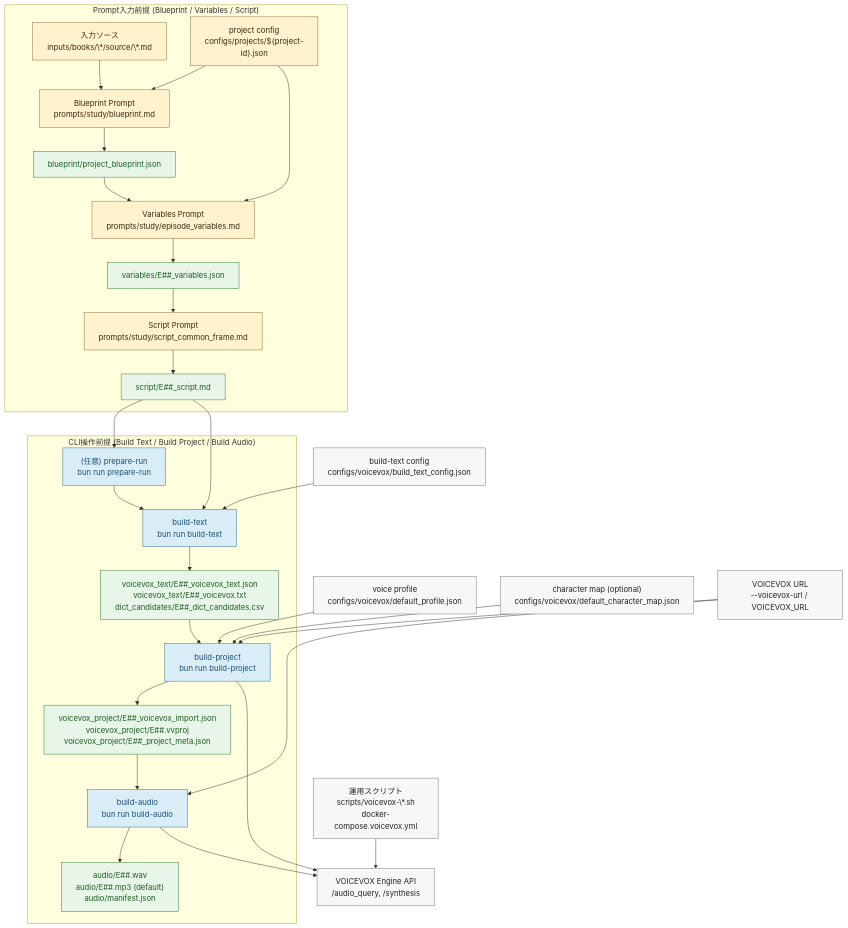
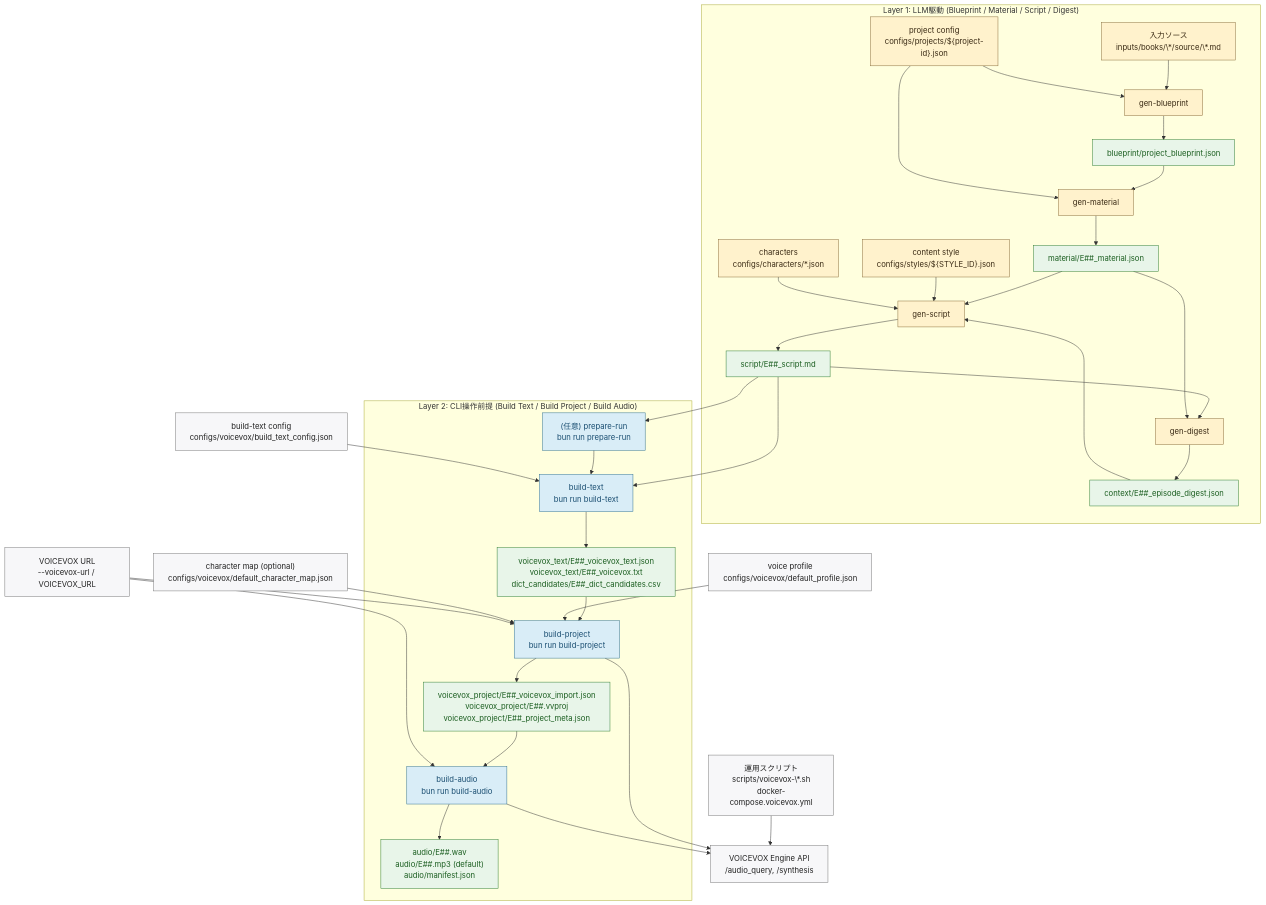
One commit to niroe5tar64/narrative-vox changed the diagram in docs/architecture/pipeline.md. Above: the diagram before and after it, drawn with Mermaid. The commit also changed other lines of this file and 12 other files, not shown here.

````diff
--- a/docs/architecture/pipeline.md
+++ b/docs/architecture/pipeline.md
@@ -12,64 +12,74 @@
 ```mermaid
 flowchart TB
-  subgraph PromptFlow["Prompt入力前提 (Blueprint / Variables / Script)"]
+  subgraph PromptFlow["Layer 1: LLM駆動 (Blueprint / Material / Script / Digest)"]
     S["入力ソース<br/>inputs/books/\*/source/\*.md"]
     PCFG["project config<br/>configs/projects/${project-id}.json"]
-    P1["Blueprint Prompt<br/>prompts/study/blueprint.md"]
+    STY["content style<br/>configs/styles/${STYLE_ID}.json"]
+    CHR["characters<br/>configs/characters/*.json"]
+    P1["gen-blueprint"]
     O1["blueprint/project_blueprint.json"]
-    P2["Variables Prompt<br/>prompts/study/episode_variables.md"]
-    O2["variables/E##_variables.json"]
-    P3["Script Prompt<br/>prompts/study/script_common_frame.md"]
+    P2["gen-material"]
+    O2["material/E##_material.json"]
+    P3["gen-script"]
     O3["script/E##_script.md"]
+    P4["gen-digest"]
+    O4D["context/E##_episode_digest.json"]
     S --> P1
     PCFG --> P1
     P1 --> O1
     O1 --> P2
     PCFG --> P2
     P2 --> O2
     O2 --> P3
+    STY --> P3
+    CHR --> P3
+    O4D --> P3
     P3 --> O3
+    O3 --> P4
+    O2 --> P4
+    P4 --> O4D
   end
 
-  subgraph CliFlow["CLI操作前提 (Build Text / Build Project / Build Audio)"]
+  subgraph CliFlow["Layer 2: CLI操作前提 (Build Text / Build Project / Build Audio)"]
     C0["(任意) prepare-run<br/>bun run prepare-run"]
     C1["build-text<br/>bun run build-text"]
     C2["build-project<br/>bun run build-project"]
     C3["build-audio<br/>bun run build-audio"]
     O4["voicevox_text/E##_voicevox_text.json<br/>voicevox_text/E##_voicevox.txt<br/>dict_candidates/E##_dict_candidates.csv"]
     O5["voicevox_project/E##_voicevox_import.json<br/>voicevox_project/E##.vvproj<br/>voicevox_project/E##_project_meta.json"]
     O6["audio/E##.wav<br/>audio/E##.mp3 (default)<br/>audio/manifest.json"]
     C0 --> C1
     C1 --> O4
     O4 --> C2
     C2 --> O5
     O5 --> C3
     C3 --> O6
   end
 
   CFG4["build-text config<br/>configs/voicevox/build_text_config.json"]
   CFG5P["voice profile<br/>configs/voicevox/default_profile.json"]
   CFG5S["character map (optional)<br/>configs/voicevox/default_character_map.json"]
   VXURL["VOICEVOX URL<br/>--voicevox-url / VOICEVOX_URL"]
   VXAPI["VOICEVOX Engine API<br/>/audio_query, /synthesis"]
   VXSCRIPT["運用スクリプト<br/>scripts/voicevox-\*.sh<br/>docker-compose.voicevox.yml"]
 
   O3 --> C0
   O3 --> C1
   CFG4 --> C1
   CFG5P --> C2
   CFG5S --> C2
   VXURL --> C2
   VXURL --> C3
   VXSCRIPT --> VXAPI
   C2 --> VXAPI
   C3 --> VXAPI
 
   classDef prompt fill:#fff2cc,stroke:#8a6d3b,color:#3a2a14;
   classDef cli fill:#d9edf7,stroke:#31708f,color:#1b4f72;
   classDef cfg fill:#f7f7f9,stroke:#777,color:#222;
   classDef out fill:#e8f5e9,stroke:#2e7d32,color:#1b5e20;
-  class S,PCFG,P1,P2,P3 prompt;
+  class S,PCFG,STY,CHR,P1,P2,P3,P4 prompt;
   class C0,C1,C2,C3 cli;
   class CFG4,CFG5P,CFG5S,VXURL,VXAPI,VXSCRIPT cfg;
-  class O1,O2,O3,O4,O5,O6 out;
+  class O1,O2,O3,O4D,O4,O5,O6 out;
 ```
````
